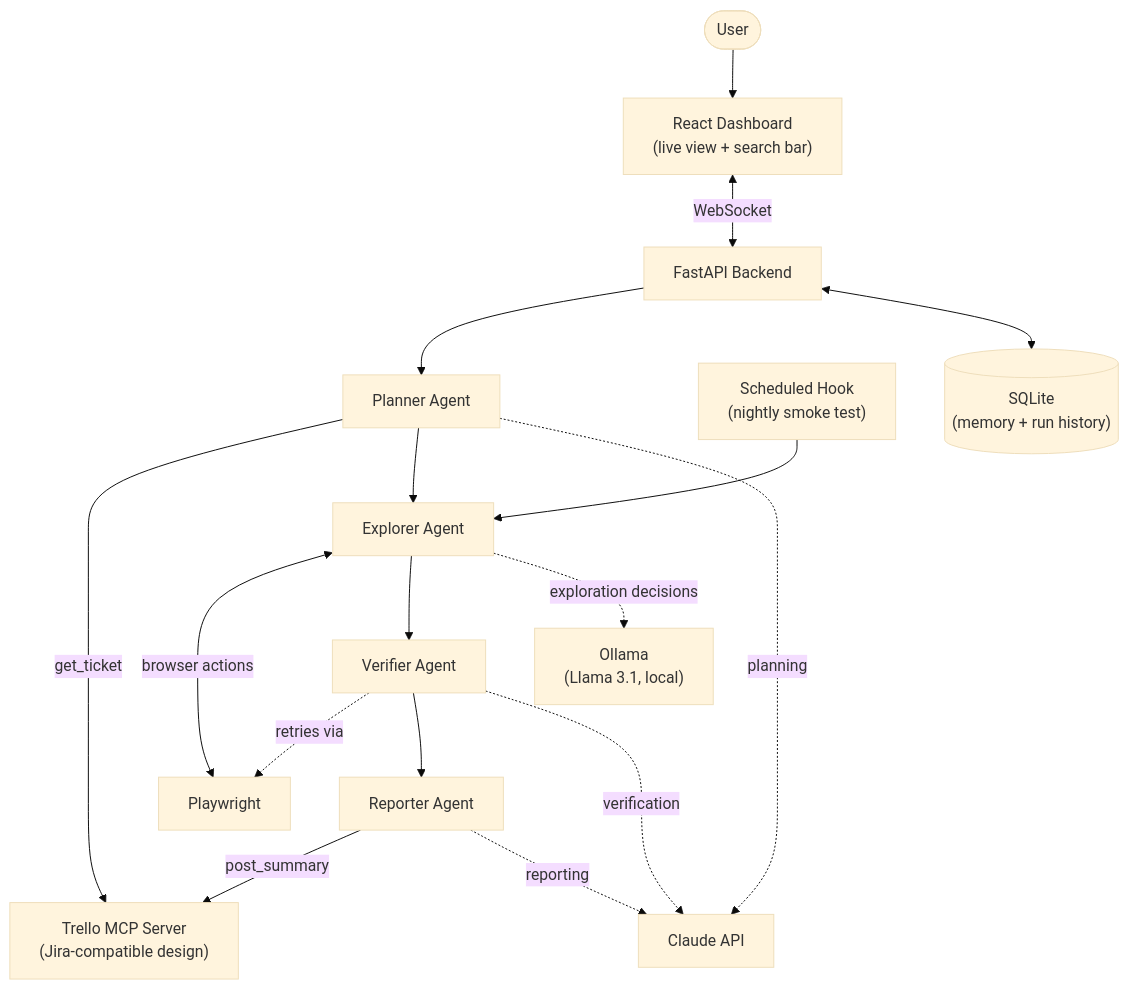
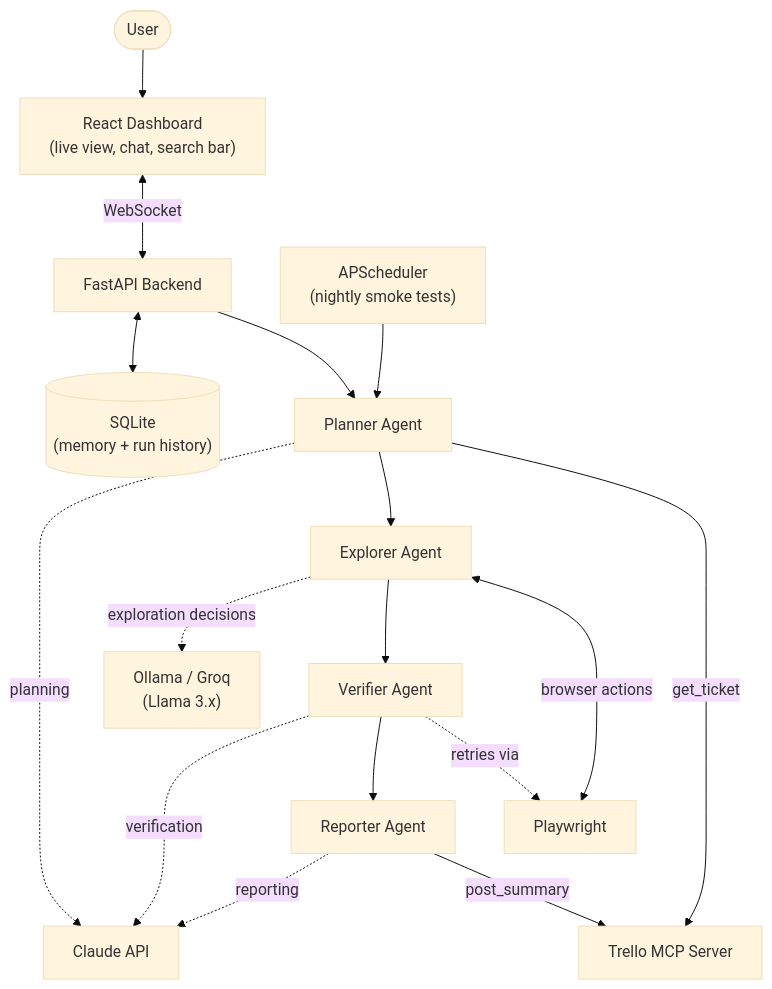
One commit to duashakeel0/Agentic-Web-QA-tester changed the diagram in README.md. Above: the diagram before and after it, drawn with Mermaid (base theme). The commit also changed other lines of this file and 1 other file, not shown here.

````diff
--- a/README.md
+++ b/README.md
@@ -9,23 +9,23 @@
 ```mermaid
 flowchart TB
-    User([User]) --> Dashboard["React Dashboard\n(live view + search bar)"]
+    User([User]) --> Dashboard["React Dashboard\n(live view, chat, search bar)"]
     Dashboard <-->|WebSocket| Backend["FastAPI Backend"]
 
     Backend --> Planner["Planner Agent"]
-    Planner -->|get_ticket| TicketMCP["Trello MCP Server\n(Jira-compatible design)"]
+    Planner -->|get_ticket| TicketMCP["Trello MCP Server"]
     Planner --> Explorer["Explorer Agent"]
     Explorer <-->|browser actions| Playwright["Playwright"]
     Explorer --> Verifier["Verifier Agent"]
     Verifier -.->|retries via| Playwright
     Verifier --> Reporter["Reporter Agent"]
     Reporter -->|post_summary| TicketMCP
 
-    Scheduler["Scheduled Hook\n(nightly smoke test)"] --> Explorer
+    Scheduler["APScheduler\n(nightly smoke tests)"] --> Planner
 
     Planner -.->|planning| Claude["Claude API"]
     Verifier -.->|verification| Claude
     Reporter -.->|reporting| Claude
-    Explorer -.->|exploration decisions| Ollama["Ollama\n(Llama 3.1, local)"]
+    Explorer -.->|exploration decisions| Ollama["Ollama / Groq\n(Llama 3.x)"]
 
     Backend <--> DB[("SQLite\n(memory + run history)")]
 ```
````
